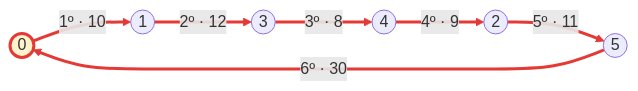
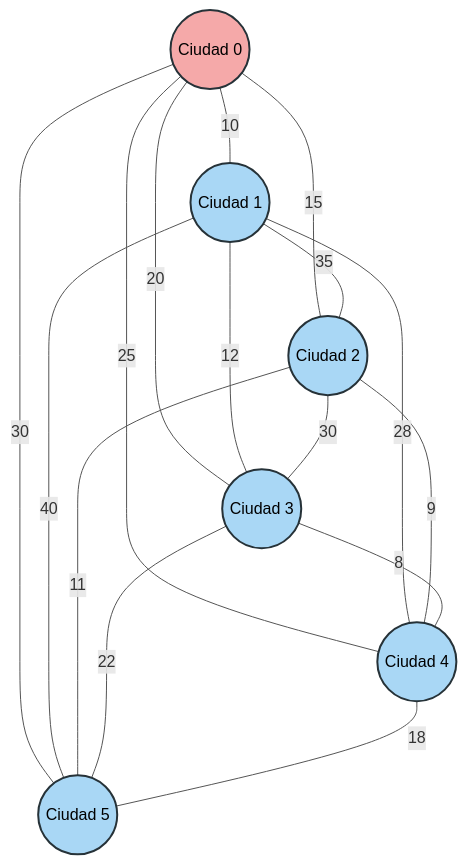
One commit to diestrah/Algoritmos-Avanzados changed the diagram in 03-heuristicas/02-viajante-por-vecino-mas-cercano/README.md. Above: the diagram before and after it, drawn with Mermaid. The commit also changed other lines of this file, not shown here.

````diff
--- a/03-heuristicas/02-viajante-por-vecino-mas-cercano/README.md
+++ b/03-heuristicas/02-viajante-por-vecino-mas-cercano/README.md
@@ -45,12 +26,37 @@
 ```mermaid
-flowchart LR
-    C0((0)) -->|"1º · 10"| C1((1))
-    C1 -->|"2º · 12"| C3((3))
-    C3 -->|"3º · 8"| C4((4))
-    C4 -->|"4º · 9"| C2((2))
-    C2 -->|"5º · 11"| C5((5))
-    C5 -->|"6º · 30"| C0
+flowchart TB
+    C0((Ciudad 0))
+    C1((Ciudad 1))
+    C2((Ciudad 2))
+    C3((Ciudad 3))
+    C4((Ciudad 4))
+    C5((Ciudad 5))
 
-    linkStyle 0,1,2,3,4,5 stroke:#e53935,stroke-width:3px
-    style C0 fill:#fff3cd,stroke:#e53935,stroke-width:3px
+    C0 ---|10| C1
+    C0 ---|15| C2
+    C0 ---|20| C3
+    C0 ---|25| C4
+    C0 ---|30| C5
+
+    C1 ---|35| C2
+    C1 ---|12| C3
+    C1 ---|28| C4
+    C1 ---|40| C5
+
+    C2 ---|30| C3
+    C2 ---|9| C4
+    C2 ---|11| C5
+
+    C3 ---|8| C4
+    C3 ---|22| C5
+
+    C4 ---|18| C5
+
+    classDef ciudad fill:#a9d7f5,stroke:#263238,stroke-width:2px,color:#000
+    classDef origen fill:#f5a9a9,stroke:#263238,stroke-width:2px,color:#000
+
+    class C1,C2,C3,C4,C5 ciudad
+    class C0 origen
+
+    linkStyle default stroke:#555,stroke-width:1px
 ```
````
